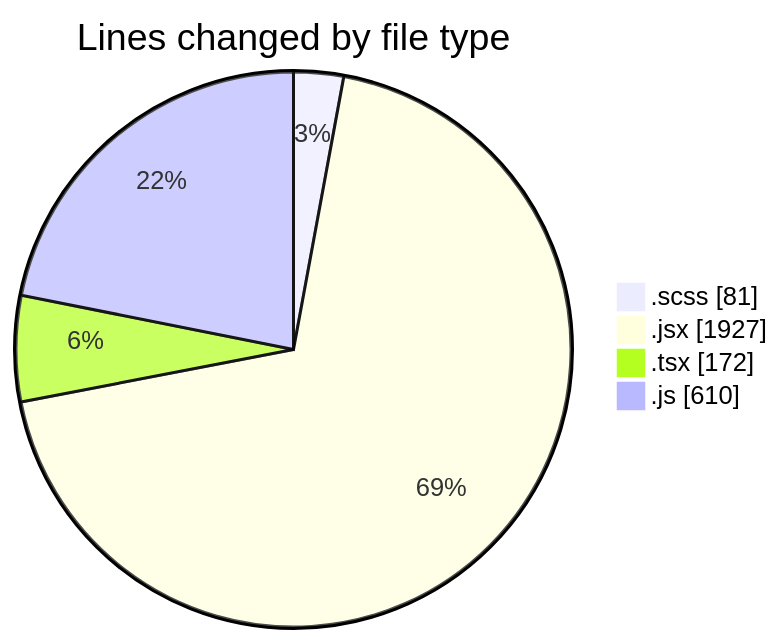
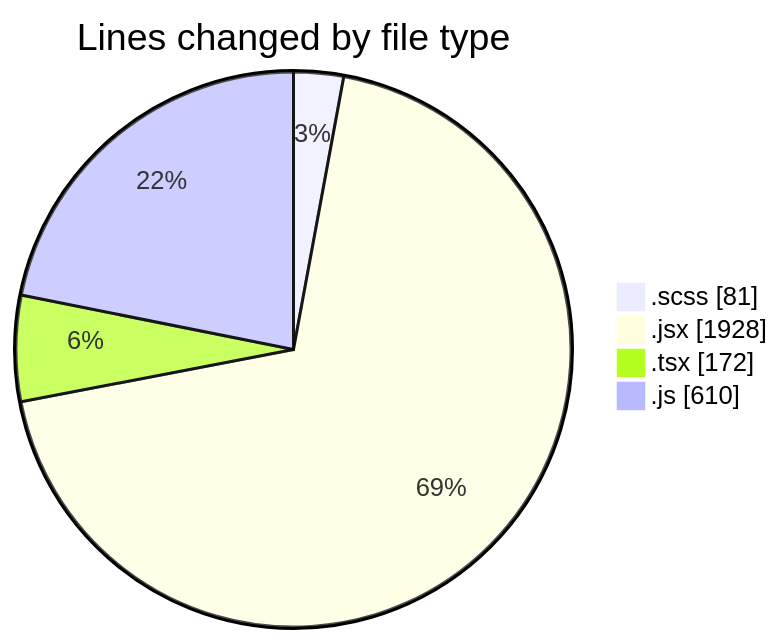
The first of 2 diagrams in 2025-06-03/cda/README.md (momahboobian/code-tracking), drawn with Mermaid before and after one commit. The commit also changed other lines of this file and 1 other file, not shown here.

````diff
--- a/2025-06-03/cda/README.md
+++ b/2025-06-03/cda/README.md
@@ -25,8 +25,8 @@
 ```mermaid
 pie showData
 title Lines changed by file type
 ".scss" : 81
-".jsx" : 1927
+".jsx" : 1928
 ".tsx" : 172
 ".js" : 610
 ```
````
